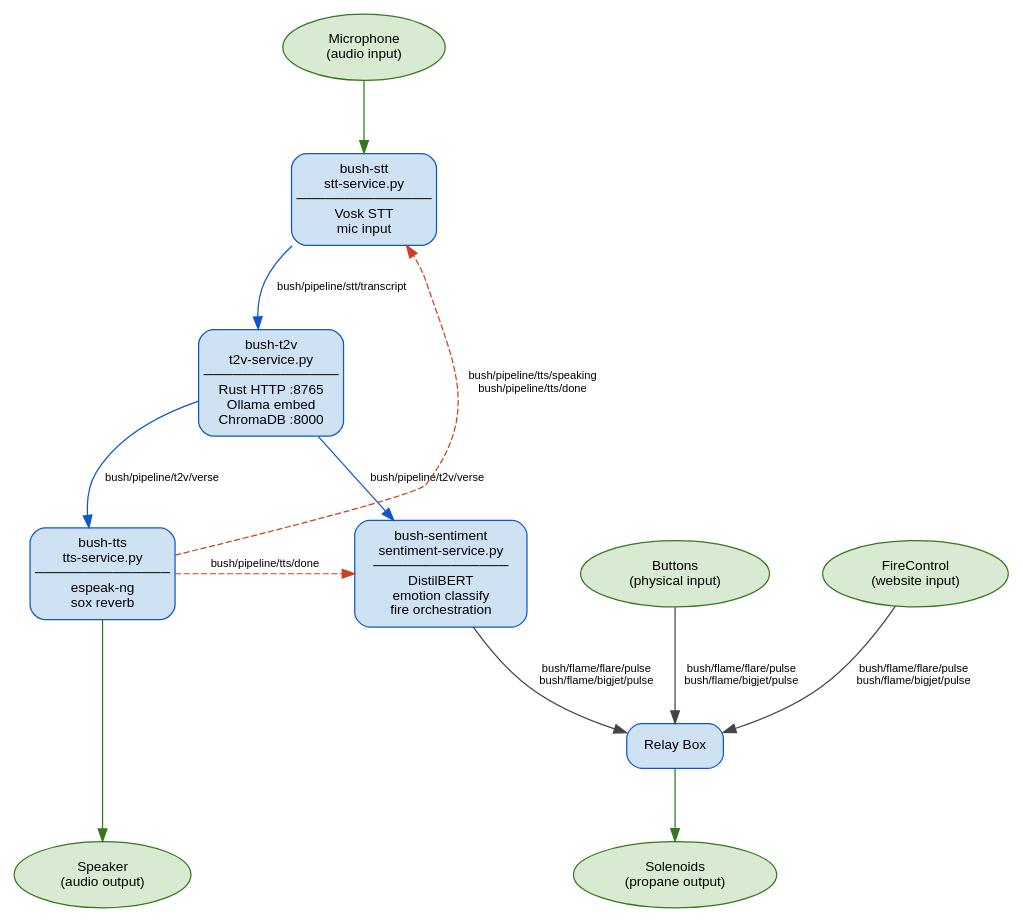
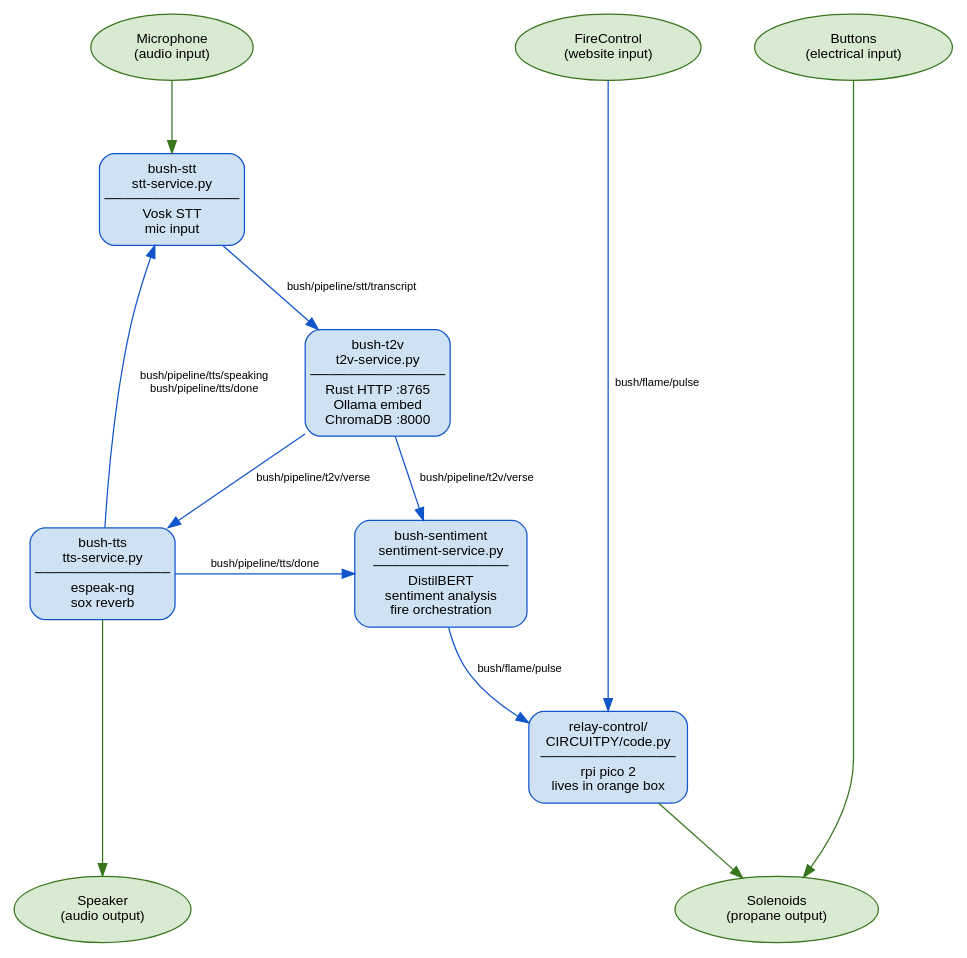
Before and after one commit to FlamingBush/bushglue: the diagram in mqtt-architecture.dot, drawn with Graphviz. The commit also changed 1 other file, not shown here.

```diff
--- a/mqtt-architecture.dot
+++ b/mqtt-architecture.dot
@@ -1,65 +1,64 @@
 digraph bushglue {
     graph [
         rankdir=TD
         fontname="Helvetica"
         fontsize=12
         nodesep=0.6
         ranksep=0.8
         bgcolor="white"
     ]
     node [
         fontname="Helvetica"
         fontsize=11
         shape=box
         style="rounded,filled"
         fillcolor="#f5f5f5"
         color="#555555"
         margin="0.15,0.1"
     ]
     edge [
         fontname="Helvetica"
         fontsize=9
         color="#444444"
         labeldistance=2
     ]
 
     // IO
     MIC [label="Microphone\n(audio input)" shape=ellipse fillcolor="#d9ead3" color="#38761d"]
     SPEAKER [label="Speaker\n(audio output)" shape=ellipse fillcolor="#d9ead3" color="#38761d"]
     FLAME [label="Solenoids\n(propane output)" shape=ellipse fillcolor="#d9ead3" color="#38761d"]
-    BUTTONS [label="Buttons\n(physical input)" shape=ellipse fillcolor="#d9ead3" color="#38761d"]
+    BUTTONS [label="Buttons\n(electrical input)" shape=ellipse fillcolor="#d9ead3" color="#38761d"]
     FIRECONTROL [label="FireControl\n(website input)" shape=ellipse fillcolor="#d9ead3" color="#38761d"]
+    //MONITOR [label="bush-monitor\n(terminal input)" shape=ellipse fillcolor="#d9ead3" color="#38761d"]
 
     // Services
     STT [label="bush-stt\nstt-service.py\n──────────────\nVosk STT\nmic input" fillcolor="#cfe2f3" color="#1155cc"]
     T2V [label="bush-t2v\nt2v-service.py\n──────────────\nRust HTTP :8765\nOllama embed\nChromaDB :8000" fillcolor="#cfe2f3" color="#1155cc"]
     TTS [label="bush-tts\ntts-service.py\n──────────────\nespeak-ng\nsox reverb" fillcolor="#cfe2f3" color="#1155cc"]
-    SENTIMENT [label="bush-sentiment\nsentiment-service.py\n──────────────\nDistilBERT\nemotion classify\nfire orchestration" fillcolor="#cfe2f3" color="#1155cc"]
-    RELAYS [label="Relay Box" fillcolor="#cfe2f3" color="#1155cc"]
+    SENTIMENT [label="bush-sentiment\nsentiment-service.py\n──────────────\nDistilBERT\nsentiment analysis\nfire orchestration" fillcolor="#cfe2f3" color="#1155cc"]
+    RELAYS [label="relay-control/\nCIRCUITPY/code.py\n──────────────\nrpi pico 2\nlives in orange box" fillcolor="#cfe2f3" color="#1155cc"]
 
     // Layout hints
-    { rank=source; MIC }
+    { rank=source; MIC; BUTTONS; FIRECONTROL }
     { rank=same; TTS; SENTIMENT }
     { rank=sink; SPEAKER; FLAME }
 
-    // Audio I/O (no MQTT)
+    // Audio paths
     MIC -> STT [color="#38761d"]
     TTS -> SPEAKER [color="#38761d"]
 
-    // Main pipeline (MQTT)
+    // Main pipeline
     STT -> T2V [label="bush/pipeline/stt/transcript" color="#1155cc"]
     T2V -> TTS [label="bush/pipeline/t2v/verse" color="#1155cc"]
     T2V -> SENTIMENT [label="bush/pipeline/t2v/verse" color="#1155cc"]
 
     // TTS feedback
-    TTS -> STT [label="bush/pipeline/tts/speaking\nbush/pipeline/tts/done" color="#cc4125" style=dashed]
-
-    // TTS / sentiment
-    TTS -> SENTIMENT [label="bush/pipeline/tts/done" color="#cc4125" style=dashed]
+    TTS -> STT [label="bush/pipeline/tts/speaking\nbush/pipeline/tts/done" color="#1155cc"]
+    TTS -> SENTIMENT [label="bush/pipeline/tts/done" color="#1155cc"]
 
     // Flame effects
-    SENTIMENT -> RELAYS [label="bush/flame/flare/pulse\nbush/flame/bigjet/pulse"]
-    FIRECONTROL -> RELAYS [label="bush/flame/flare/pulse\nbush/flame/bigjet/pulse"]
-    BUTTONS -> RELAYS [label="bush/flame/flare/pulse\nbush/flame/bigjet/pulse"]
+    SENTIMENT -> RELAYS [label="bush/flame/pulse" color="#1155cc"]
+    FIRECONTROL -> RELAYS [label="bush/flame/pulse" color="#1155cc"]
+    BUTTONS -> FLAME [color="#38761d"]
     RELAYS -> FLAME [color="#38761d"]
 }
```
